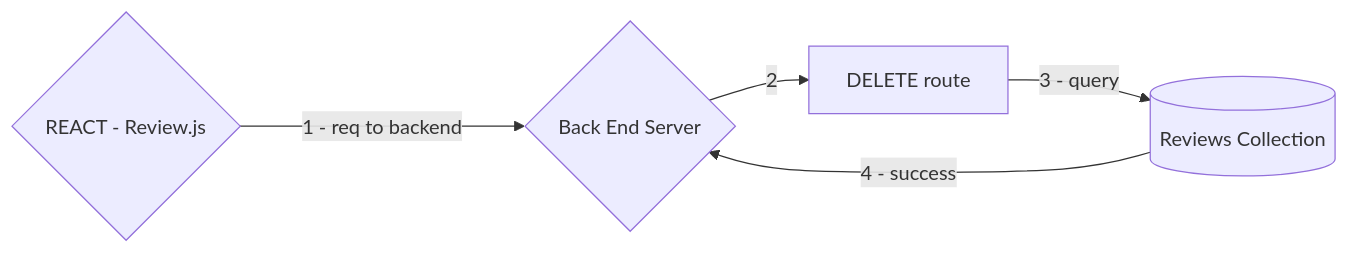
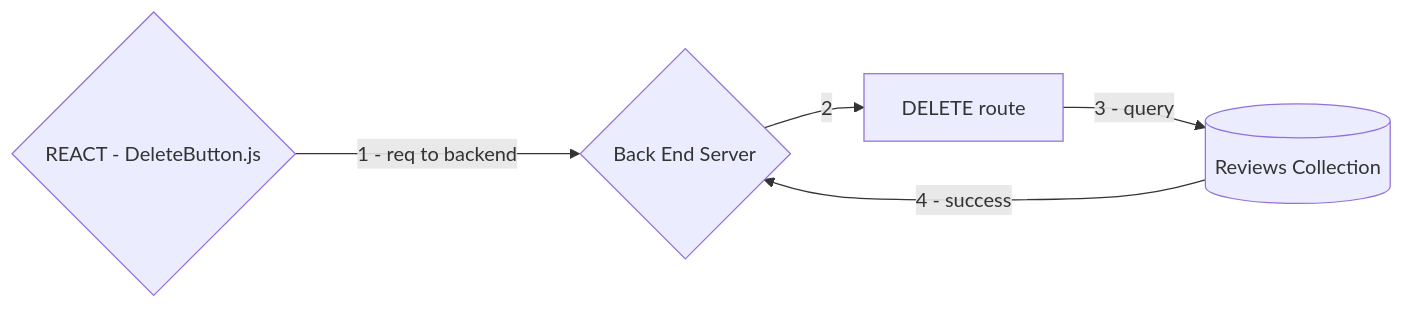
Before and after one commit to ana1231/SuiteReview_FE: the fifth of 5 diagrams in front-end/README.md, drawn with Mermaid. The commit also changed other lines of this file, not shown here.

Commit message:
fixed diagram

````diff
--- a/front-end/README.md
+++ b/front-end/README.md
@@ -313,13 +313,13 @@
 ```mermaid
 graph LR;
 
     
-    A{REACT - Review.js}--->| 1 - req to backend| B{Back End Server}
+    A{REACT - DeleteButton.js}--->| 1 - req to backend| B{Back End Server}
     B-->|2| C[DELETE route] 
     C-->|3 - query|id1[(Reviews Collection)]
     id1[(Reviews Collection)]-->|4 - success| B
 
 
 
 
 ```
````
